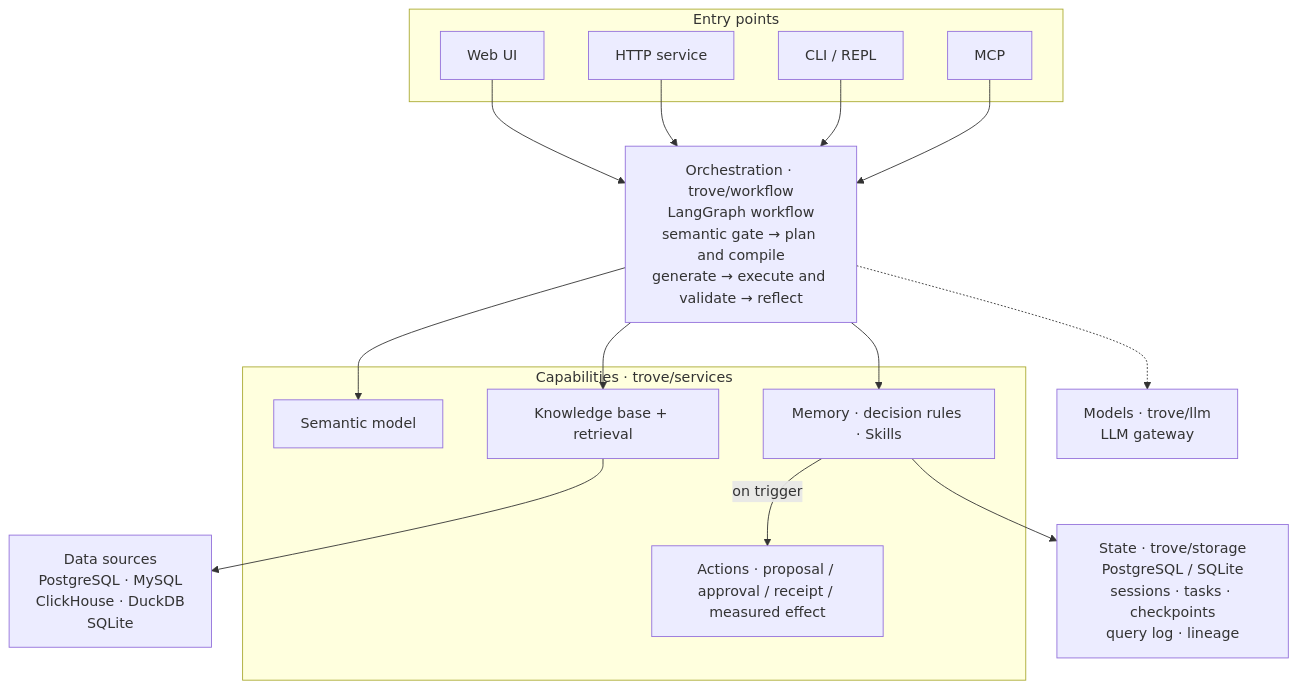
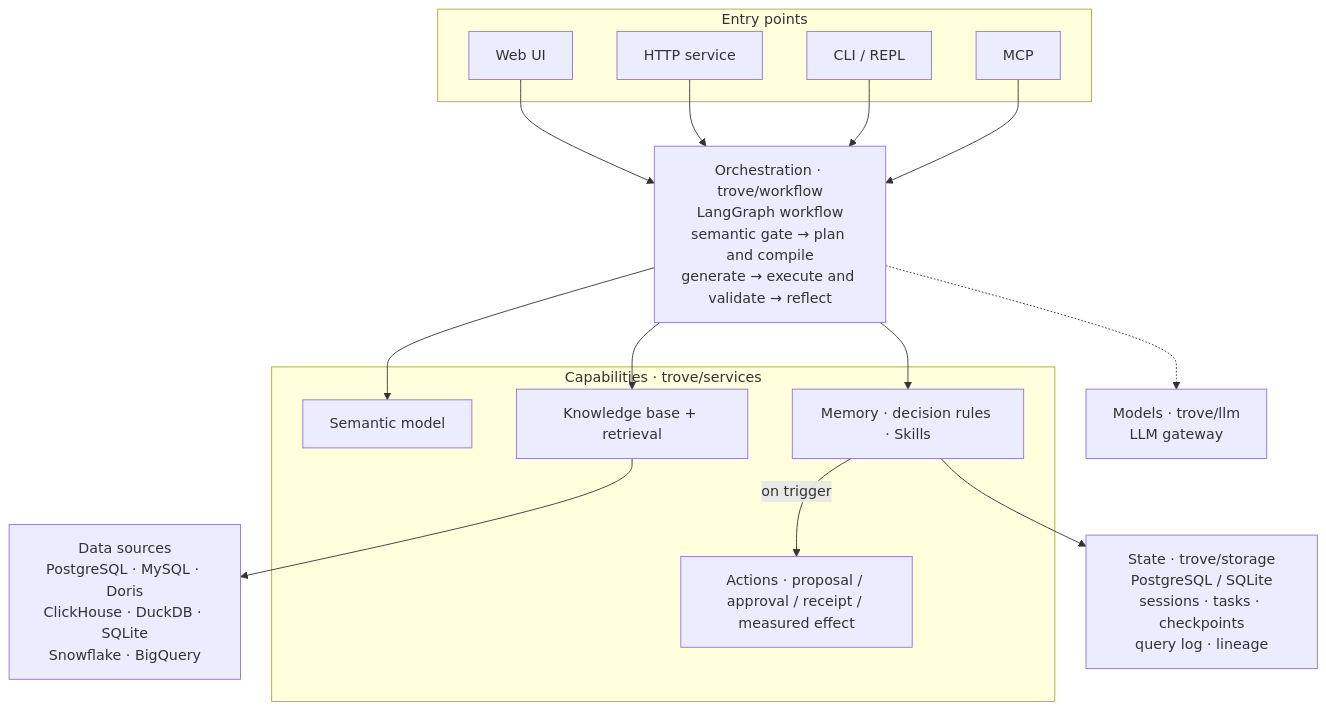
The first of 3 diagrams in README.en.md (Nivane/trove), drawn with Mermaid before and after one commit. The commit also changed other lines of this file and 1 other file, not shown here.

````diff
--- a/README.en.md
+++ b/README.en.md
@@ -45,34 +45,34 @@
 ```mermaid
 flowchart TB
     subgraph entry["Entry points"]
         UI["Web UI"]
         SRV["HTTP service"]
         CLI["CLI / REPL"]
         MCP["MCP"]
     end
 
     WF["Orchestration · trove/workflow<br/>LangGraph workflow<br/>semantic gate → plan and compile<br/>generate → execute and validate → reflect"]
 
     subgraph caps["Capabilities · trove/services"]
         SEM["Semantic model"]
         KB["Knowledge base + retrieval"]
         MEM["Memory · decision rules · Skills"]
         ACT["Actions · proposal / approval / receipt / measured effect"]
     end
 
     LLM["Models · trove/llm<br/>LLM gateway"]
-    DS["Data sources<br/>PostgreSQL · MySQL<br/>ClickHouse · DuckDB<br/>SQLite"]
+    DS["Data sources<br/>PostgreSQL · MySQL · Doris<br/>ClickHouse · DuckDB · SQLite<br/>Snowflake · BigQuery"]
     STATE["State · trove/storage<br/>PostgreSQL / SQLite<br/>sessions · tasks · checkpoints<br/>query log · lineage"]
 
     UI --> WF
     SRV --> WF
     CLI --> WF
     MCP --> WF
     WF --> SEM
     WF --> KB
     WF --> MEM
     MEM -->|"on trigger"| ACT
     WF -.-> LLM
     KB --> DS
     MEM --> STATE
 ```
````
